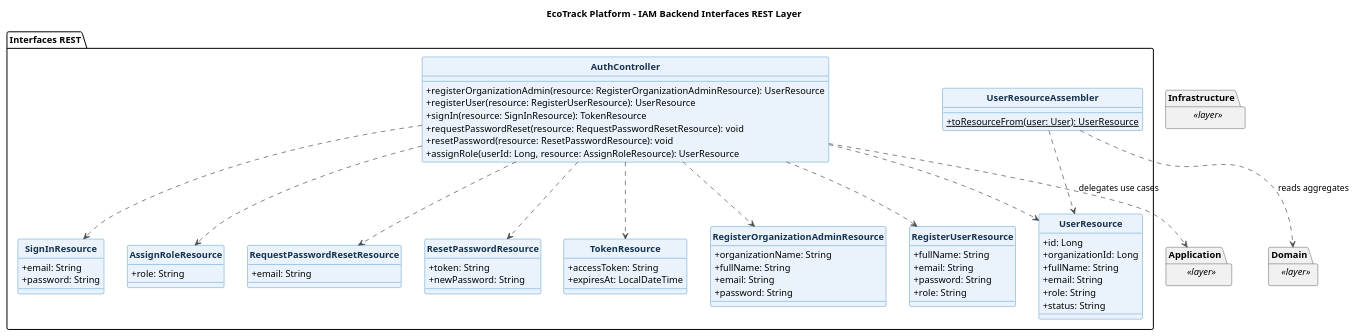
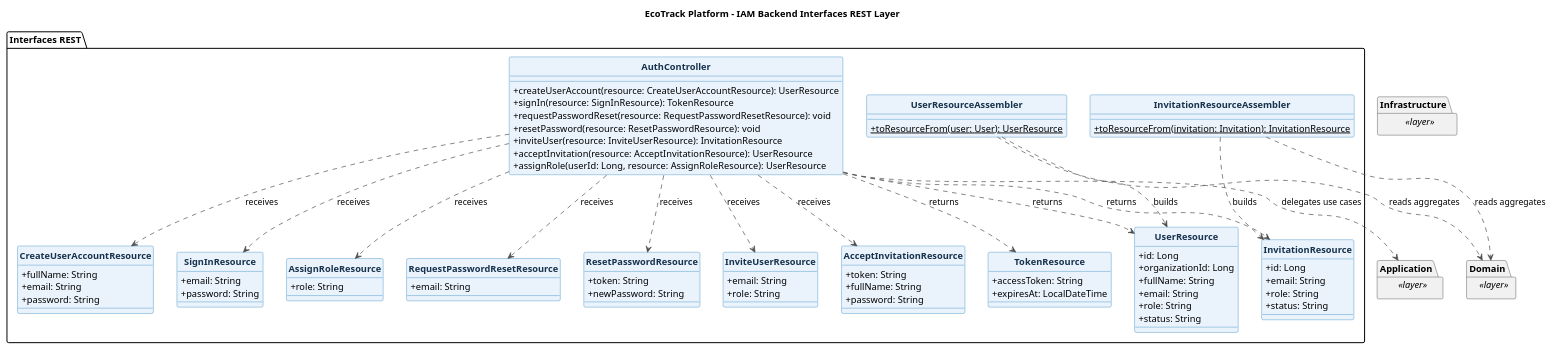
One commit to Horizon-OpenSource/report changed the diagram in docs/diagrams/class/backend/ecotrack-iam-backend-interfaces-layer-class-diagram.puml. Above: the diagram before and after it, drawn with PlantUML. The commit also changed 148 other files, not shown here.

Commit message:
docs: add class diagrams for all bounded contexts and update database diagram

```diff
--- a/docs/diagrams/class/backend/ecotrack-iam-backend-interfaces-layer-class-diagram.puml
+++ b/docs/diagrams/class/backend/ecotrack-iam-backend-interfaces-layer-class-diagram.puml
@@ -1,96 +1,115 @@
 @startuml
 title EcoTrack Platform - IAM Backend Interfaces REST Layer
 skinparam backgroundColor #FFFFFF
 skinparam shadowing false
 skinparam classAttributeIconSize 0
 skinparam classFontStyle bold
 skinparam class {
   BackgroundColor #EAF3FC
   BorderColor #0B6FB3
   ArrowColor #4A4A4A
   FontColor #17324D
 }
 hide circle
 
 package "Interfaces REST" {
   class AuthController {
-    +registerOrganizationAdmin(resource: RegisterOrganizationAdminResource): UserResource
-    +registerUser(resource: RegisterUserResource): UserResource
+    +createUserAccount(resource: CreateUserAccountResource): UserResource
     +signIn(resource: SignInResource): TokenResource
     +requestPasswordReset(resource: RequestPasswordResetResource): void
     +resetPassword(resource: ResetPasswordResource): void
+    +inviteUser(resource: InviteUserResource): InvitationResource
+    +acceptInvitation(resource: AcceptInvitationResource): UserResource
     +assignRole(userId: Long, resource: AssignRoleResource): UserResource
   }
 
-  class RegisterOrganizationAdminResource {
-    +organizationName: String
+  class CreateUserAccountResource {
     +fullName: String
     +email: String
     +password: String
-  }
-
-  class RegisterUserResource {
-    +fullName: String
-    +email: String
-    +password: String
-    +role: String
   }
 
   class SignInResource {
     +email: String
     +password: String
   }
 
   class AssignRoleResource {
     +role: String
   }
 
   class RequestPasswordResetResource {
     +email: String
   }
 
   class ResetPasswordResource {
     +token: String
     +newPassword: String
   }
 
+  class InviteUserResource {
+    +email: String
+    +role: String
+  }
+
+  class AcceptInvitationResource {
+    +token: String
+    +fullName: String
+    +password: String
+  }
+
   class UserResource {
     +id: Long
     +organizationId: Long
     +fullName: String
+    +email: String
+    +role: String
+    +status: String
+  }
+
+  class InvitationResource {
+    +id: Long
     +email: String
     +role: String
     +status: String
   }
 
   class TokenResource {
     +accessToken: String
     +expiresAt: LocalDateTime
   }
 
   class UserResourceAssembler {
     +{static} toResourceFrom(user: User): UserResource
   }
 
-  AuthController ..> RegisterOrganizationAdminResource
-  AuthController ..> RegisterUserResource
-  AuthController ..> SignInResource
-  AuthController ..> AssignRoleResource
-  AuthController ..> RequestPasswordResetResource
-  AuthController ..> ResetPasswordResource
-  AuthController ..> UserResource
-  AuthController ..> TokenResource
-  UserResourceAssembler ..> UserResource
+  class InvitationResourceAssembler {
+    +{static} toResourceFrom(invitation: Invitation): InvitationResource
+  }
+
+  AuthController ..> CreateUserAccountResource : receives
+  AuthController ..> SignInResource : receives
+  AuthController ..> AssignRoleResource : receives
+  AuthController ..> RequestPasswordResetResource : receives
+  AuthController ..> ResetPasswordResource : receives
+  AuthController ..> InviteUserResource : receives
+  AuthController ..> AcceptInvitationResource : receives
+  AuthController ..> UserResource : returns
+  AuthController ..> InvitationResource : returns
+  AuthController ..> TokenResource : returns
+  UserResourceAssembler ..> UserResource : builds
+  InvitationResourceAssembler ..> InvitationResource : builds
 }
 
 package "Application" as Backend_iam_Application <<layer>> {
 }
 package "Domain" as Backend_iam_Domain <<layer>> {
 }
 package "Infrastructure" as Backend_iam_Infrastructure <<layer>> {
 }
 
 AuthController ..> Backend_iam_Application : delegates use cases
 UserResourceAssembler ..> Backend_iam_Domain : reads aggregates
+InvitationResourceAssembler ..> Backend_iam_Domain : reads aggregates
 
 @enduml
```
